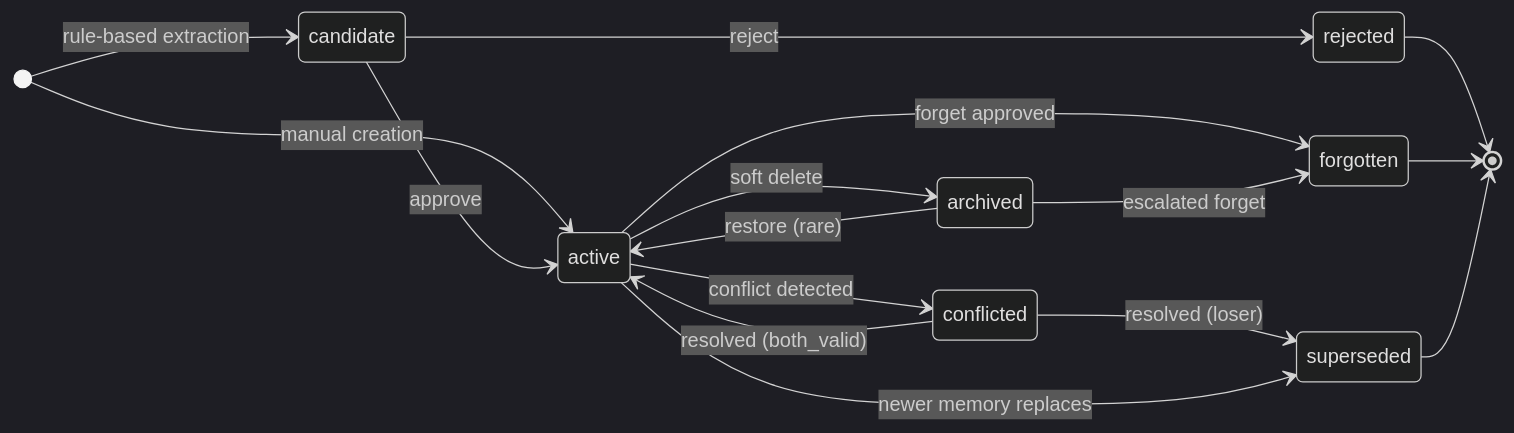
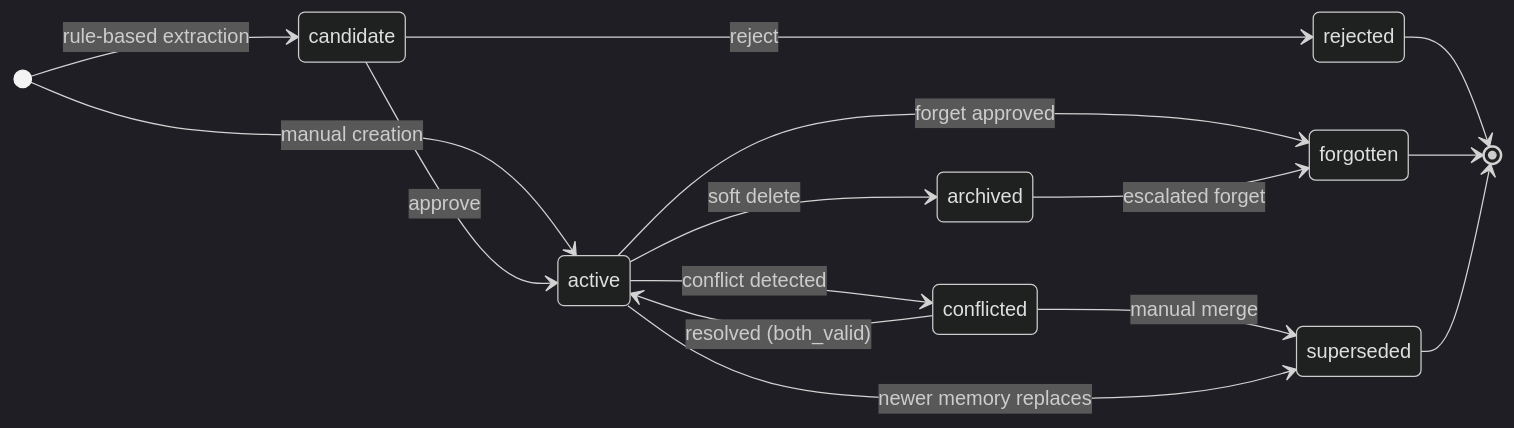
The diagram in docs/final-assets/diagrams/06-memory-status.mmd (dzx0902/CS3321-MemoryBase), drawn with Mermaid (dark theme) before and after one commit. The commit also changed 10 other files, not shown here.

First line of the commit message:
docs(gap5): codex review pass — correct API paths, triggers, ER edges

```diff
--- a/docs/final-assets/diagrams/06-memory-status.mmd
+++ b/docs/final-assets/diagrams/06-memory-status.mmd
@@ -1,29 +1,28 @@
 %% MemoryBase — memory_item.status state machine
 %% Optional appendix diagram showing the 7-state lifecycle enforced by
 %% the CHECK constraint in database/02_schema_memory.sql and trigger-driven
 %% transitions in database/06_triggers.sql.
 %% Labels stay short; service paths are explained in the report text.
 
 stateDiagram-v2
     direction LR
 
     [*] --> candidate : rule-based extraction
     [*] --> active    : manual creation
 
     candidate --> active    : approve
     candidate --> rejected  : reject
 
     active     --> conflicted : conflict detected
     conflicted --> active     : resolved (both_valid)
-    conflicted --> superseded : resolved (loser)
+    conflicted --> superseded : manual merge
 
     active     --> superseded : newer memory replaces
     active     --> archived   : soft delete
     active     --> forgotten  : forget approved
 
-    archived   --> active     : restore (rare)
     archived   --> forgotten  : escalated forget
 
     rejected   --> [*]
     forgotten  --> [*]
     superseded --> [*]
```
